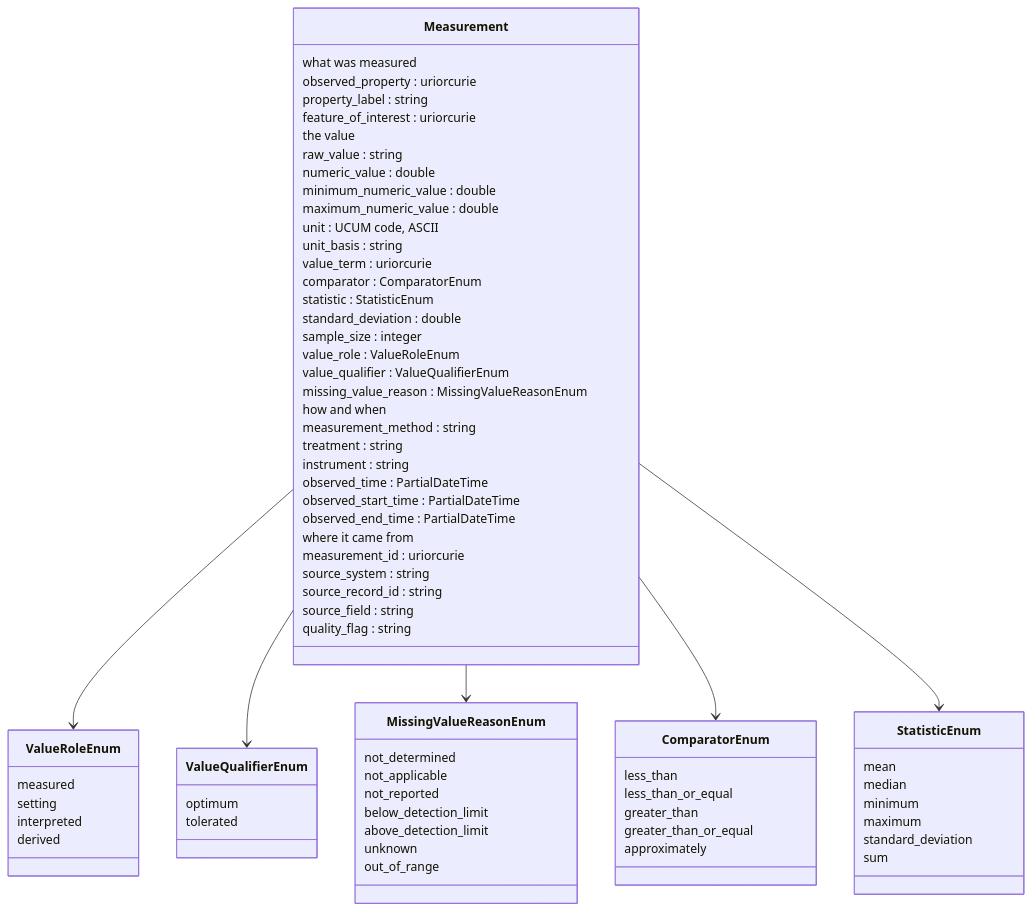
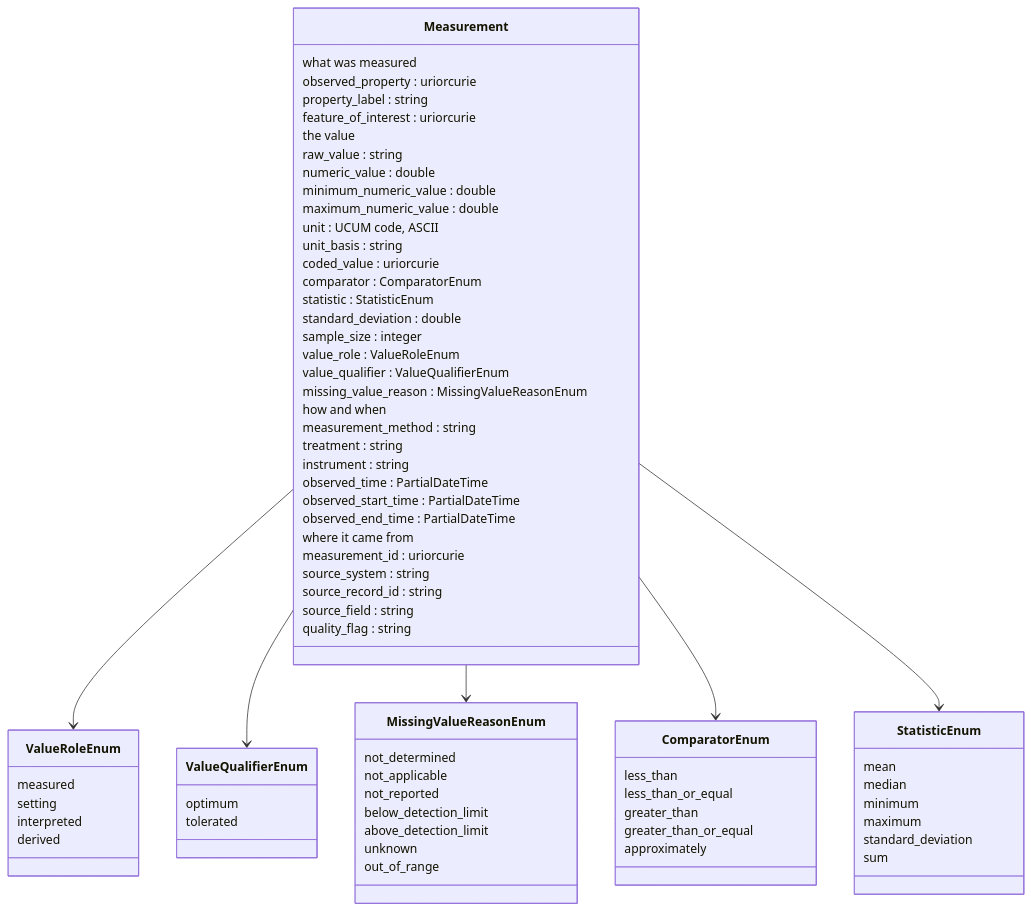
One commit to ber-data/bridge-central-schema changed the first of 4 diagrams in docs/measurements-hackathon-2026-09-30.md. Above: the diagram before and after it, drawn with Mermaid. The commit also changed other lines of this file and 5 other files, not shown here.

First line of the commit message:
Rename value_term to coded_value

````diff
--- a/docs/measurements-hackathon-2026-09-30.md
+++ b/docs/measurements-hackathon-2026-09-30.md
@@ -47,76 +47,76 @@
 ```mermaid
 classDiagram
     class Measurement {
         what was measured
         observed_property : uriorcurie
         property_label : string
         feature_of_interest : uriorcurie
         the value
         raw_value : string
         numeric_value : double
         minimum_numeric_value : double
         maximum_numeric_value : double
         unit : UCUM code, ASCII
         unit_basis : string
-        value_term : uriorcurie
+        coded_value : uriorcurie
         comparator : ComparatorEnum
         statistic : StatisticEnum
         standard_deviation : double
         sample_size : integer
         value_role : ValueRoleEnum
         value_qualifier : ValueQualifierEnum
         missing_value_reason : MissingValueReasonEnum
         how and when
         measurement_method : string
         treatment : string
         instrument : string
         observed_time : PartialDateTime
         observed_start_time : PartialDateTime
         observed_end_time : PartialDateTime
         where it came from
         measurement_id : uriorcurie
         source_system : string
         source_record_id : string
         source_field : string
         quality_flag : string
     }
     class ValueRoleEnum {
         measured
         setting
         interpreted
         derived
     }
     class ValueQualifierEnum {
         optimum
         tolerated
     }
     class MissingValueReasonEnum {
         not_determined
         not_applicable
         not_reported
         below_detection_limit
         above_detection_limit
         unknown
         out_of_range
     }
     class ComparatorEnum {
         less_than
         less_than_or_equal
         greater_than
         greater_than_or_equal
         approximately
     }
     class StatisticEnum {
         mean
         median
         minimum
         maximum
         standard_deviation
         sum
     }
     Measurement --> ValueRoleEnum
     Measurement --> ValueQualifierEnum
     Measurement --> MissingValueReasonEnum
     Measurement --> ComparatorEnum
     Measurement --> StatisticEnum
 ```
````
